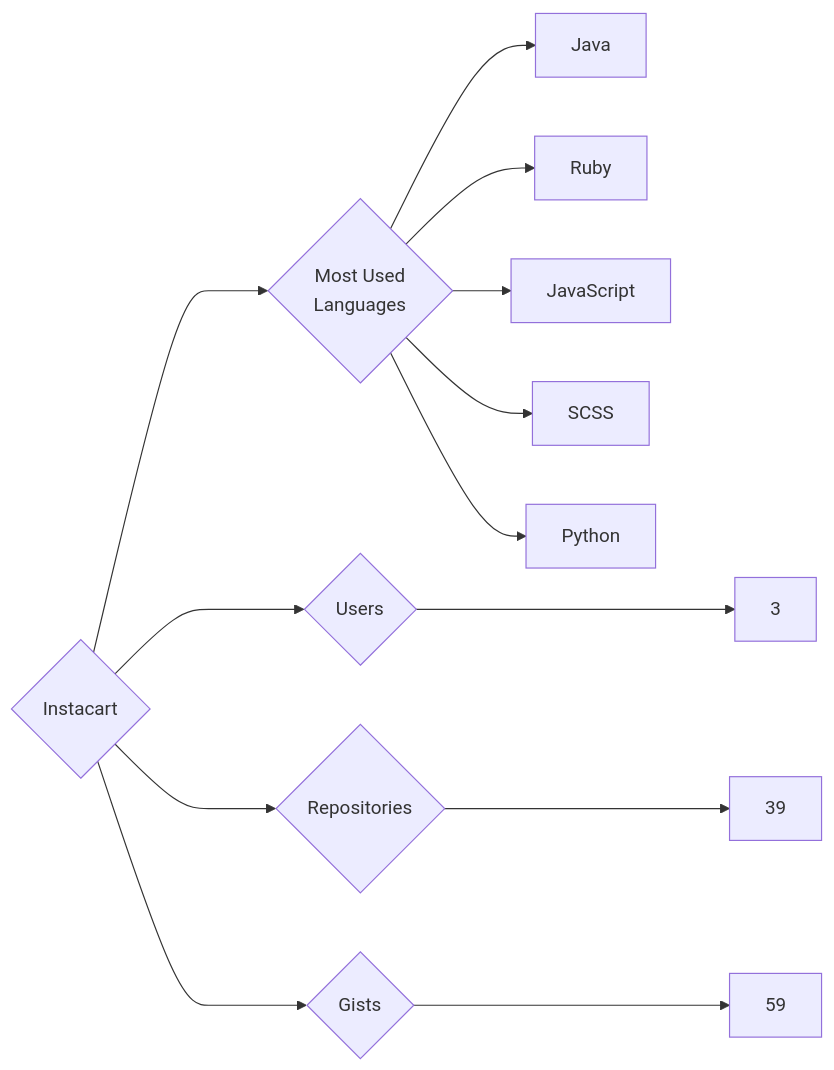
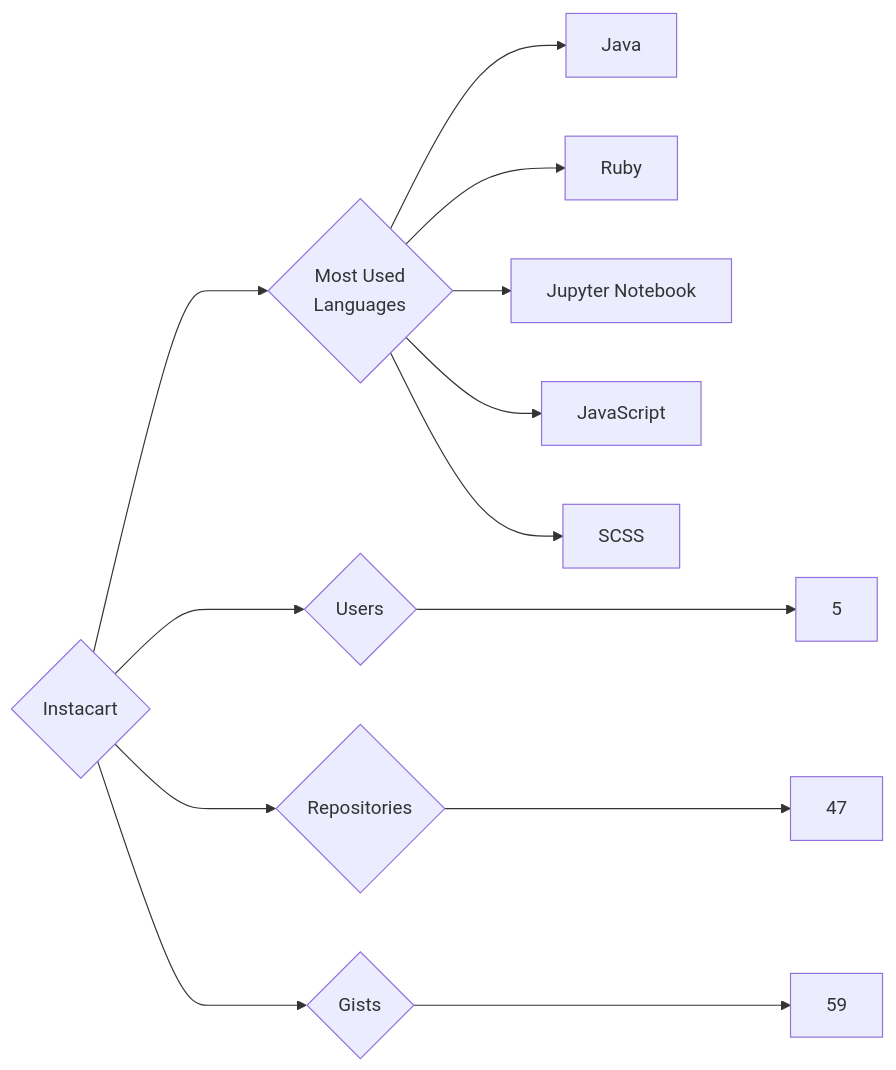
Before and after one commit to trickest/insiders: the diagram in targets/Instacart/README.md, drawn with Mermaid. The commit also changed 1023 other files, not shown here.

````diff
--- a/targets/Instacart/README.md
+++ b/targets/Instacart/README.md
@@ -3,13 +3,13 @@
 ```mermaid
 graph LR
 COMPANY_NAME{Instacart}
-COMPANY_NAME ---> U{Users} ---> UN[3]
-COMPANY_NAME ---> R{Repositories} ---> RN[39]
+COMPANY_NAME ---> U{Users} ---> UN[5]
+COMPANY_NAME ---> R{Repositories} ---> RN[47]
 COMPANY_NAME ---> G{Gists} ---> GN[59]
 COMPANY_NAME ---> ML{Most Used<br>Languages}
 ML --> Java[Java]
 ML --> Ruby[Ruby]
+ML --> Jupyter_Notebook[Jupyter Notebook]
 ML --> JavaScript[JavaScript]
 ML --> SCSS[SCSS]
-ML --> Python[Python]
 ```
````
